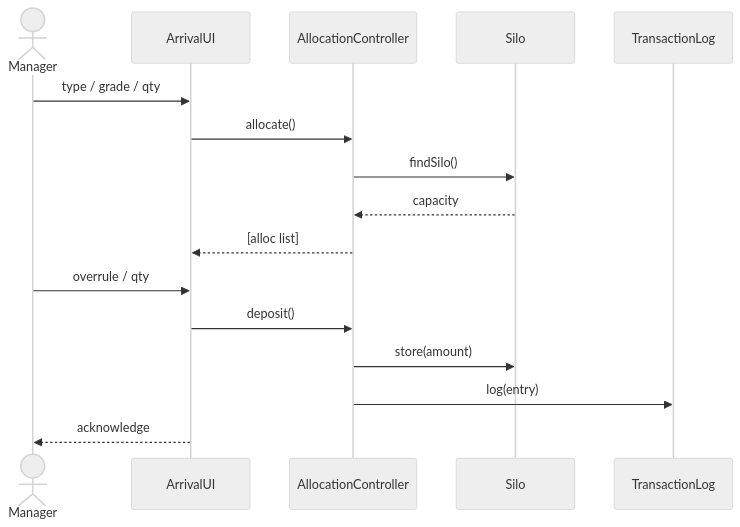
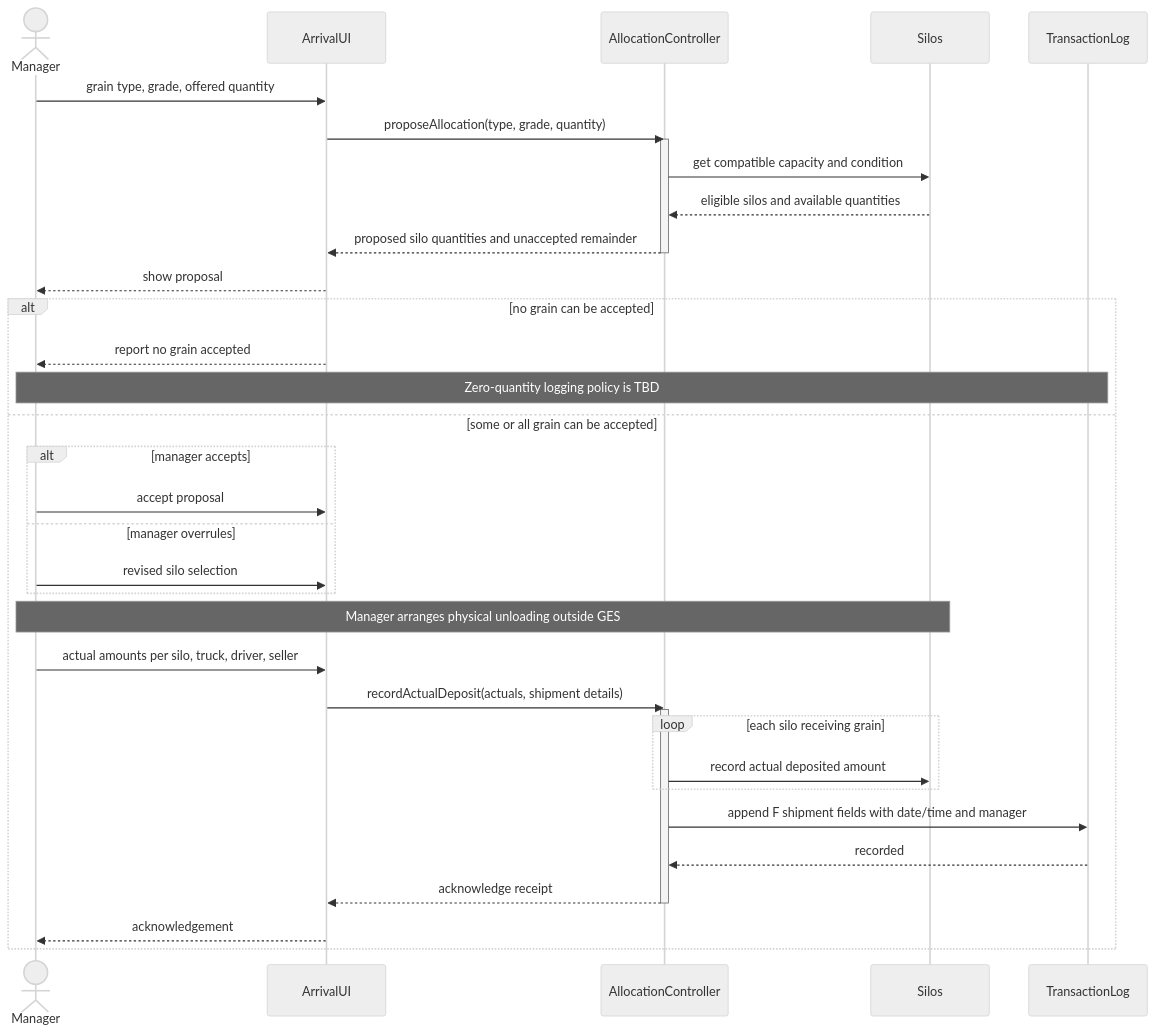
Before and after one commit to lekekbot/ntu-cs: diagram 28 of 41 in sc2006/SC2006_Study_Guide.md, drawn with Mermaid (neutral theme). The commit also changed other lines of this file, not shown here.

````diff
--- a/sc2006/SC2006_Study_Guide.md
+++ b/sc2006/SC2006_Study_Guide.md
@@ -2350,18 +2368,38 @@
 ```mermaid
 sequenceDiagram
     actor Manager
     participant UI as ArrivalUI
     participant AC as AllocationController
-    participant S as Silo
+    participant S as Silos
     participant TL as TransactionLog
-    Manager->>UI: type / grade / qty
-    UI->>AC: allocate()
-    AC->>S: findSilo()
-    S-->>AC: capacity
-    AC-->>UI: [alloc list]
-    Manager->>UI: overrule / qty
-    UI->>AC: deposit()
-    AC->>S: store(amount)
-    AC->>TL: log(entry)
-    UI-->>Manager: acknowledge
+    Manager->>UI: grain type, grade, offered quantity
+    UI->>AC: proposeAllocation(type, grade, quantity)
+    activate AC
+    AC->>S: get compatible capacity and condition
+    S-->>AC: eligible silos and available quantities
+    AC-->>UI: proposed silo quantities and unaccepted remainder
+    deactivate AC
+    UI-->>Manager: show proposal
+    alt no grain can be accepted
+        UI-->>Manager: report no grain accepted
+        Note over Manager,TL: Zero-quantity logging policy is TBD
+    else some or all grain can be accepted
+        alt manager accepts
+            Manager->>UI: accept proposal
+        else manager overrules
+            Manager->>UI: revised silo selection
+        end
+        Note over Manager,S: Manager arranges physical unloading outside GES
+        Manager->>UI: actual amounts per silo, truck, driver, seller
+        UI->>AC: recordActualDeposit(actuals, shipment details)
+        activate AC
+        loop each silo receiving grain
+            AC->>S: record actual deposited amount
+        end
+        AC->>TL: append F shipment fields with date/time and manager
+        TL-->>AC: recorded
+        AC-->>UI: acknowledge receipt
+        deactivate AC
+        UI-->>Manager: acknowledgement
+    end
 ```
````
